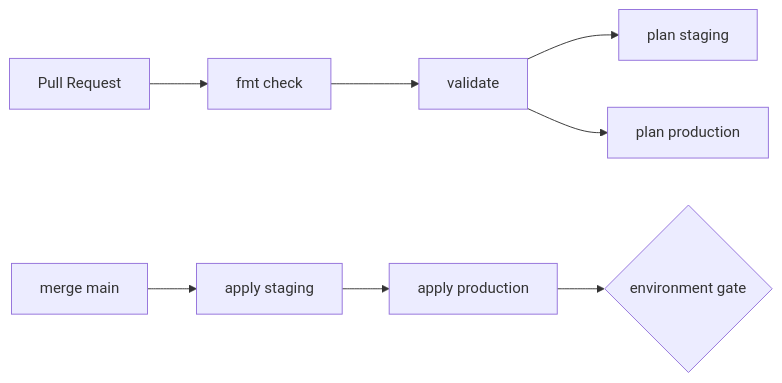
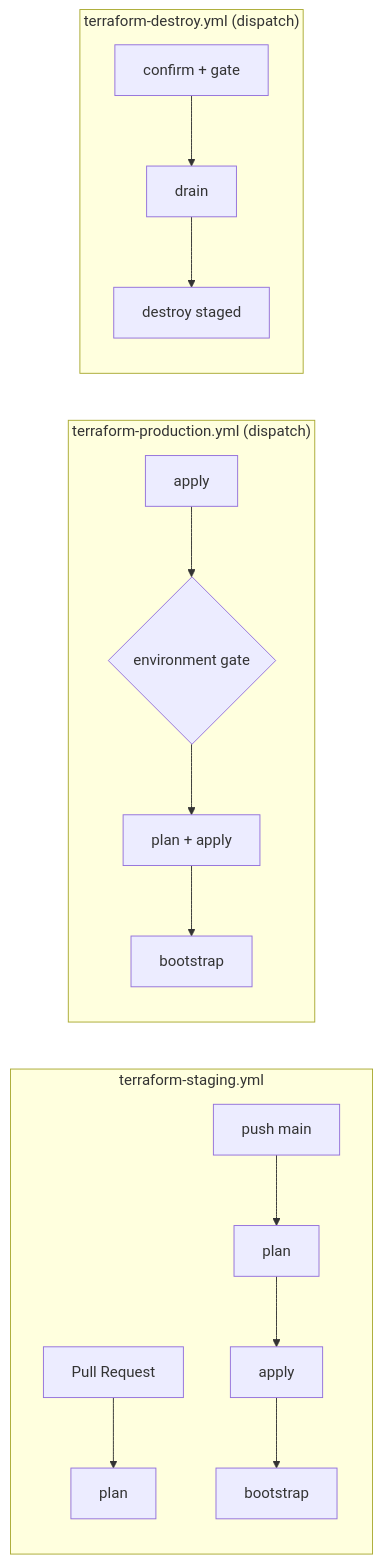
Before and after one commit to nikolastsdev/dito-devops-challenge: the diagram in docs/ci-cd/workflows.md, drawn with Mermaid. The commit also changed other lines of this file and 8 other files, not shown here.

First line of the commit message:
fix: split terraform workflows + unblock staging apply

````diff
--- a/docs/ci-cd/workflows.md
+++ b/docs/ci-cd/workflows.md
@@ -16,11 +19,14 @@
 ```mermaid
 flowchart LR
-    PR[Pull Request] --> FMT[fmt check]
-    FMT --> VAL[validate]
-    VAL --> PLAN_S[plan staging]
-    VAL --> PLAN_P[plan production]
-
-    Main[merge main] --> STG[apply staging]
-    STG --> PROD[apply production]
-    PROD --> APPROVAL{environment gate}
+    subgraph STG["terraform-staging.yml"]
+        PR[Pull Request] --> PLAN_S[plan]
+        Main[push main] --> PLAN_S2[plan] --> APPLY_S[apply] --> BOOT_S[bootstrap]
+    end
+    subgraph PROD["terraform-production.yml (dispatch)"]
+        DISP[apply] --> GATE{environment gate}
+        GATE --> APPLY_P[plan + apply] --> BOOT_P[bootstrap]
+    end
+    subgraph DESTROY["terraform-destroy.yml (dispatch)"]
+        CONF[confirm + gate] --> DRAIN[drain] --> DEL[destroy staged]
+    end
 ```
````
